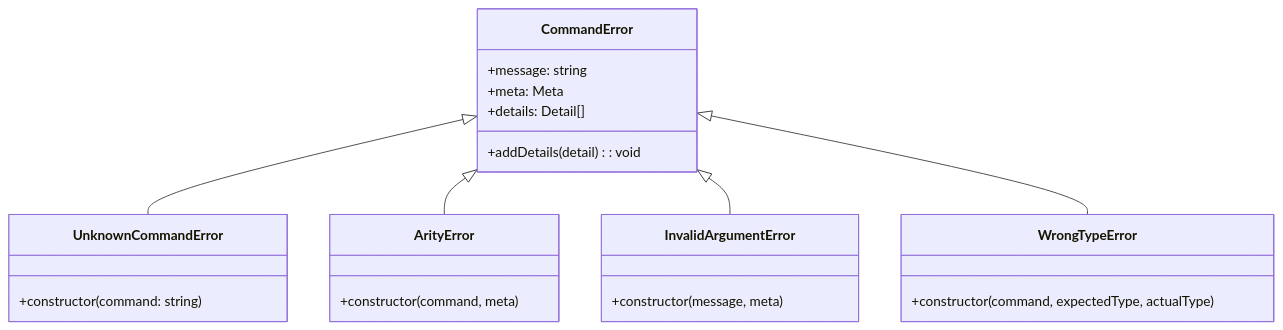
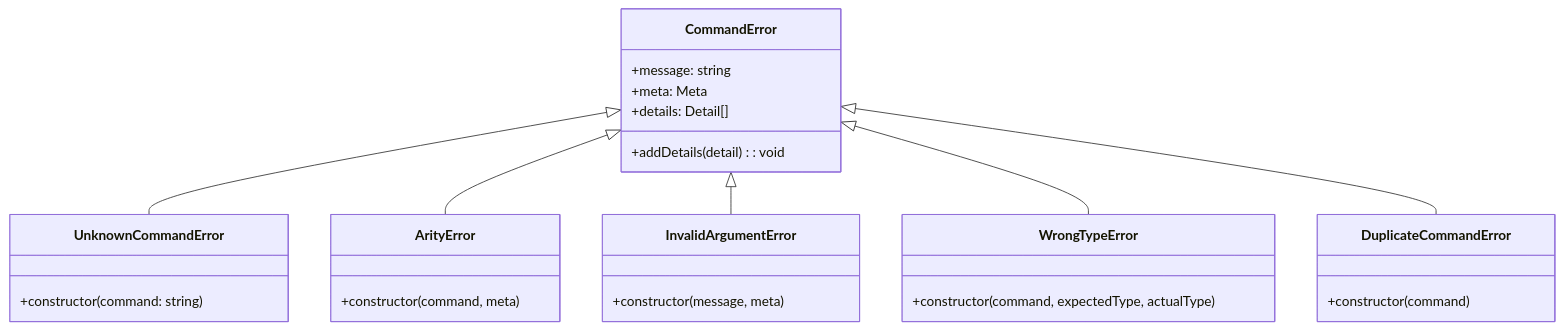
The second of 6 diagrams in docs/Low-Level.md (dev3019/custom-redis), drawn with Mermaid before and after one commit. The commit also changed other lines of this file and 12 other files, not shown here.

````diff
--- a/docs/Low-Level.md
+++ b/docs/Low-Level.md
@@ -239,30 +240,35 @@
 ```mermaid
 classDiagram
     class CommandError {
         +message: string
         +meta: Meta
         +details: Detail[]
         +addDetails(detail): void
     }
 
     class UnknownCommandError {
         +constructor(command: string)
     }
 
     class ArityError {
         +constructor(command, meta)
     }
 
     class InvalidArgumentError {
         +constructor(message, meta)
     }
 
     class WrongTypeError {
         +constructor(command, expectedType, actualType)
     }
 
+    class DuplicateCommandError {
+        +constructor(command)
+    }
+
     CommandError <|-- UnknownCommandError
     CommandError <|-- ArityError
     CommandError <|-- InvalidArgumentError
     CommandError <|-- WrongTypeError
+    CommandError <|-- DuplicateCommandError
 ```
````
